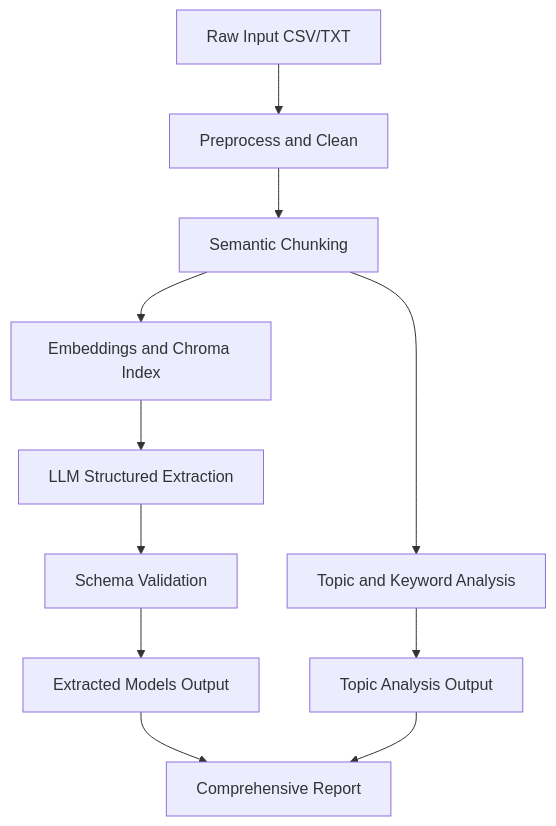
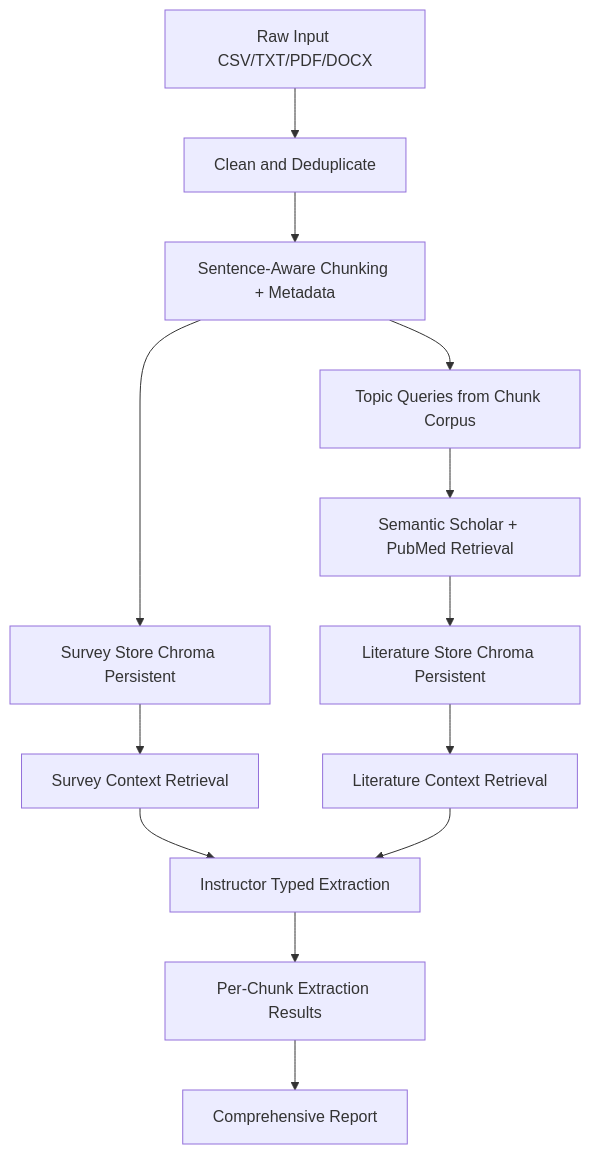
Before and after one commit to haseebraza715/llm-survey-model-specification: the diagram in ARCHITECTURE.md, drawn with Mermaid. The commit also changed other lines of this file and 5 other files, not shown here.

Commit message:
docs: align architecture and runbook with completed phases 1-3

````diff
--- a/ARCHITECTURE.md
+++ b/ARCHITECTURE.md
@@ -16,13 +19,15 @@
 ```mermaid
 flowchart TD
-    A[Raw Input CSV/TXT] --> B[Preprocess and Clean]
-    B --> C[Semantic Chunking]
-    C --> D[Embeddings and Chroma Index]
-    D --> E[LLM Structured Extraction]
-    E --> F[Schema Validation]
-    F --> G[Extracted Models Output]
-    C --> H[Topic and Keyword Analysis]
-    H --> I[Topic Analysis Output]
-    G --> J[Comprehensive Report]
+    A[Raw Input CSV/TXT/PDF/DOCX] --> B[Clean and Deduplicate]
+    B --> C[Sentence-Aware Chunking + Metadata]
+    C --> D[Survey Store Chroma Persistent]
+    C --> E[Topic Queries from Chunk Corpus]
+    E --> F[Semantic Scholar + PubMed Retrieval]
+    F --> G[Literature Store Chroma Persistent]
+    D --> H[Survey Context Retrieval]
+    G --> I[Literature Context Retrieval]
+    H --> J[Instructor Typed Extraction]
     I --> J
+    J --> K[Per-Chunk Extraction Results]
+    K --> L[Comprehensive Report]
 ```
````
